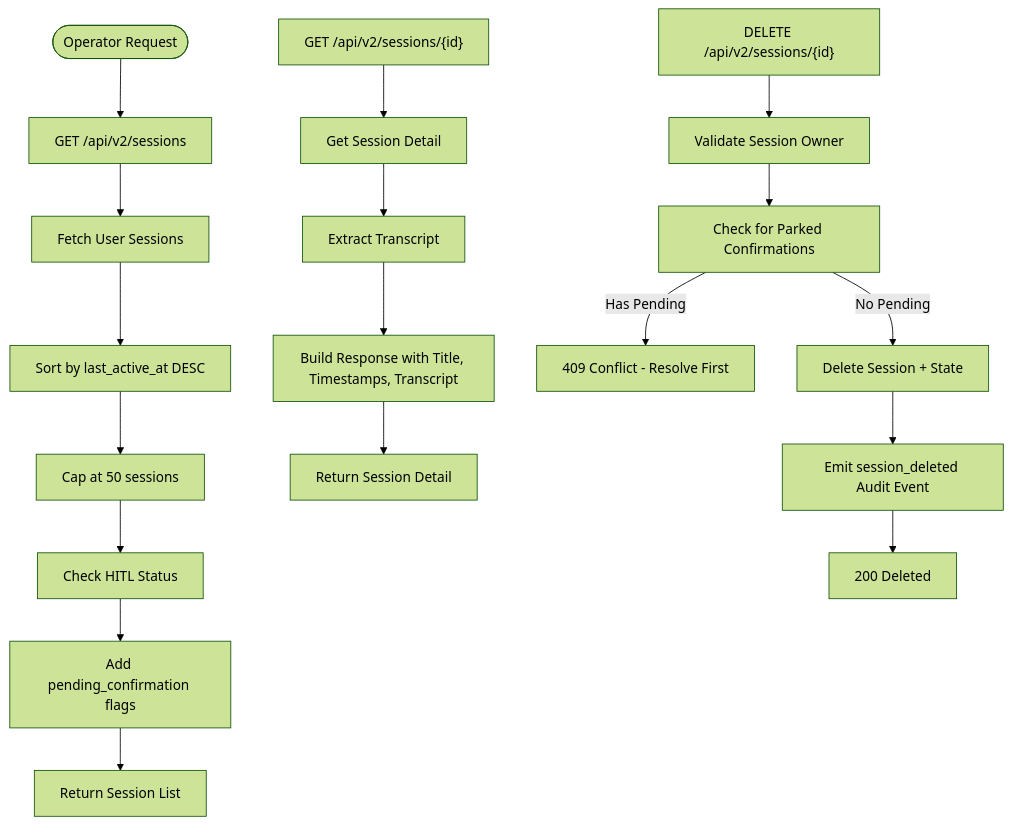
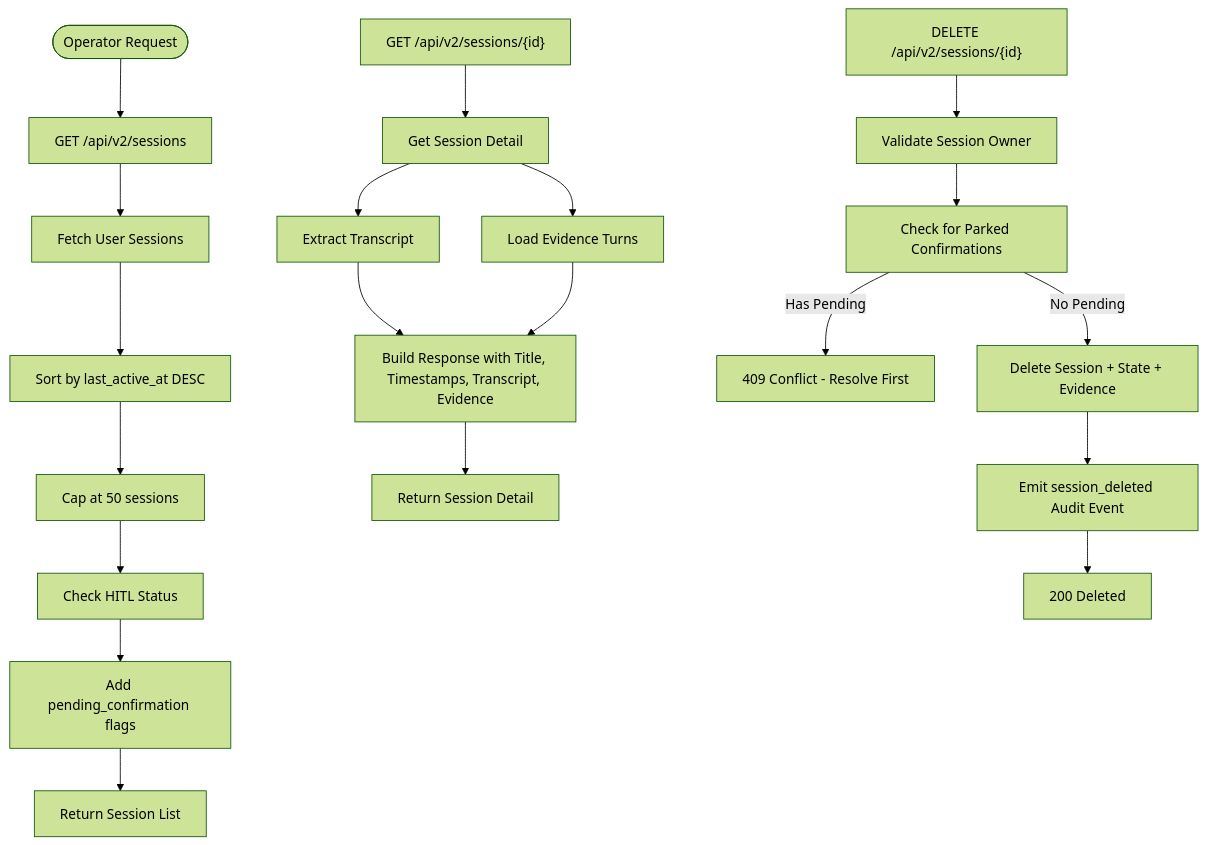
The fifth of 21 diagrams in .qoder/repowiki/en/content/Agent Platform Service/Agent Platform Service.md (metasync/luban-aiops), drawn with Mermaid (forest theme) before and after one commit. The commit also changed other lines of this file and 8 other files, not shown here.

````diff
--- a/.qoder/repowiki/en/content/Agent Platform Service/Agent Platform Service.md
+++ b/.qoder/repowiki/en/content/Agent Platform Service/Agent Platform Service.md
@@ -410,20 +443,22 @@
 ```mermaid
 flowchart TD
 Start(["Operator Request"]) --> List["GET /api/v2/sessions"]
 List --> Fetch["Fetch User Sessions"]
 Fetch --> Sort["Sort by last_active_at DESC"]
 Sort --> Cap["Cap at 50 sessions"]
 Cap --> CheckHITL["Check HITL Status"]
 CheckHITL --> AddFlags["Add pending_confirmation flags"]
 AddFlags --> ReturnList["Return Session List"]
 Detail["GET /api/v2/sessions/{id}"] --> GetSession["Get Session Detail"]
 GetSession --> ExtractTranscript["Extract Transcript"]
-ExtractTranscript --> BuildResponse["Build Response with Title, Timestamps, Transcript"]
+GetSession --> LoadEvidence["Load Evidence Turns"]
+ExtractTranscript --> BuildResponse["Build Response with Title, Timestamps, Transcript, Evidence"]
+LoadEvidence --> BuildResponse
 BuildResponse --> ReturnDetail["Return Session Detail"]
 Delete["DELETE /api/v2/sessions/{id}"] --> ValidateOwner["Validate Session Owner"]
 ValidateOwner --> CheckParked["Check for Parked Confirmations"]
 CheckParked --> |Has Pending| Reject["409 Conflict - Resolve First"]
-CheckParked --> |No Pending| DeleteSession["Delete Session + State"]
+CheckParked --> |No Pending| DeleteSession["Delete Session + State + Evidence"]
 DeleteSession --> Audit["Emit session_deleted Audit Event"]
 Audit --> Success["200 Deleted"]
 ```
````
